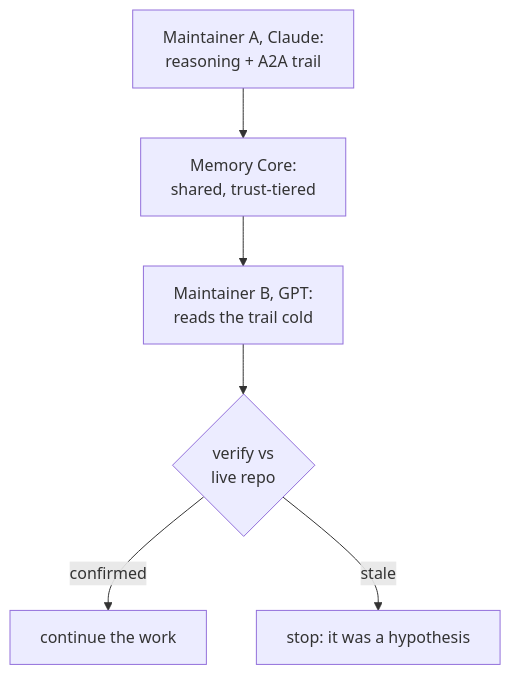
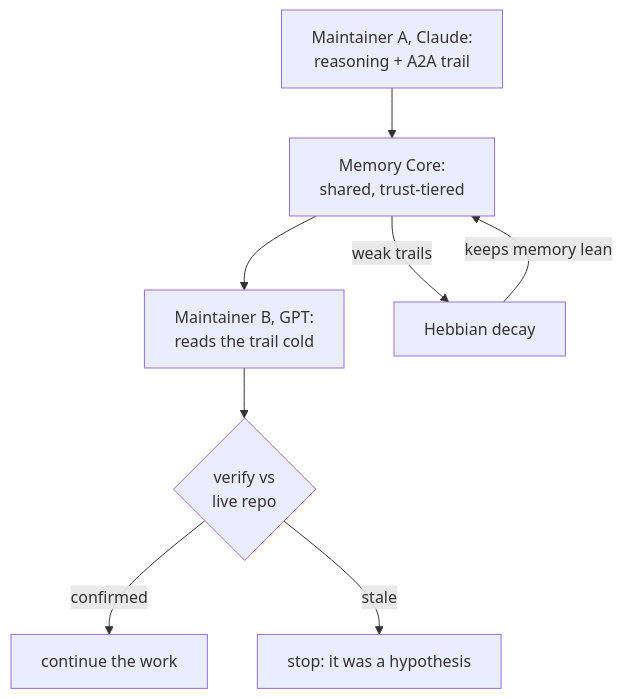
The second of 3 diagrams in learn/agentos/MemoryCore.md (neomjs/neo), drawn with Mermaid before and after one commit.

Commit message:
docs(agentos): render Hebbian decay as a clean two-edge cycle (Core→decay→Core) in MemoryCore diagram 2 (#14342)

````diff
--- a/learn/agentos/MemoryCore.md
+++ b/learn/agentos/MemoryCore.md
@@ -48,8 +48,10 @@
 ```mermaid
 flowchart TD
     Aa["Maintainer A, Claude:<br/>reasoning + A2A trail"] --> Core["Memory Core:<br/>shared, trust-tiered"]
     Core --> Bb["Maintainer B, GPT:<br/>reads the trail cold"]
     Bb --> Check{"verify vs<br/>live repo"}
     Check -- confirmed --> Go["continue the work"]
     Check -- stale --> Stop["stop: it was a hypothesis"]
+    Core -- "weak trails" --> Decay["Hebbian decay"]
+    Decay -- "keeps memory lean" --> Core
 ```
````
